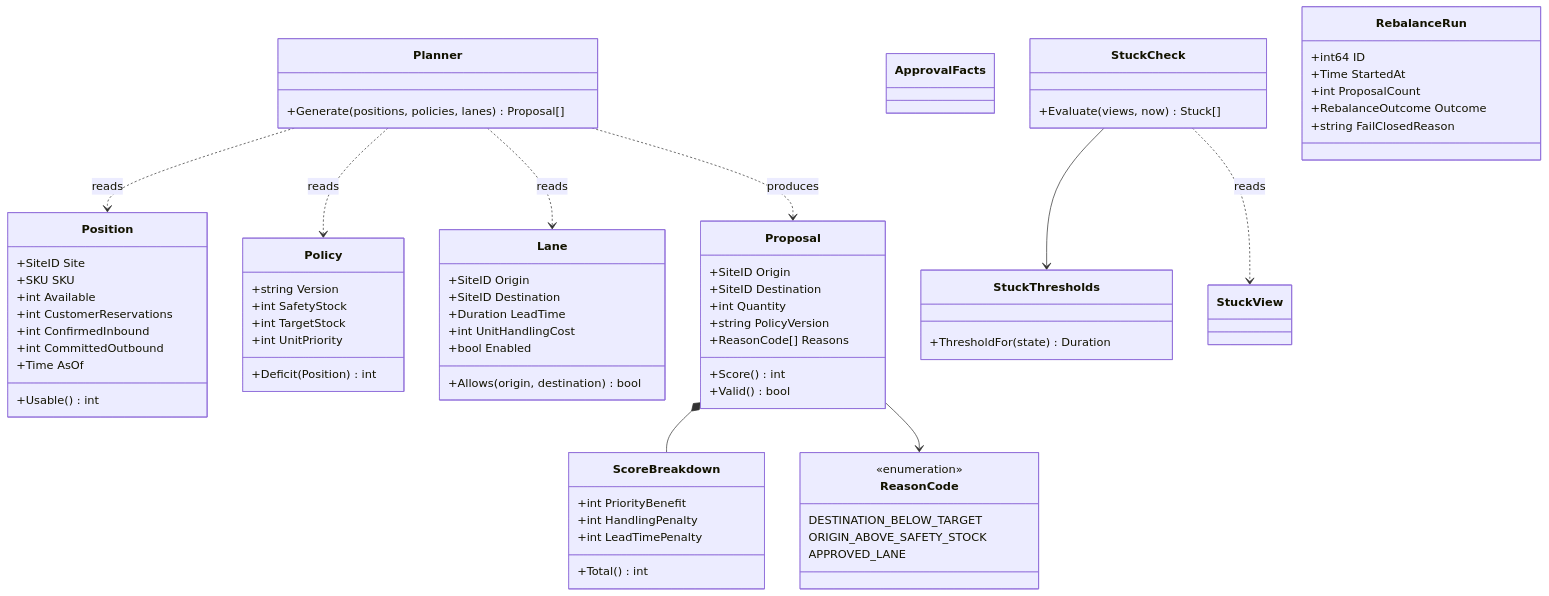
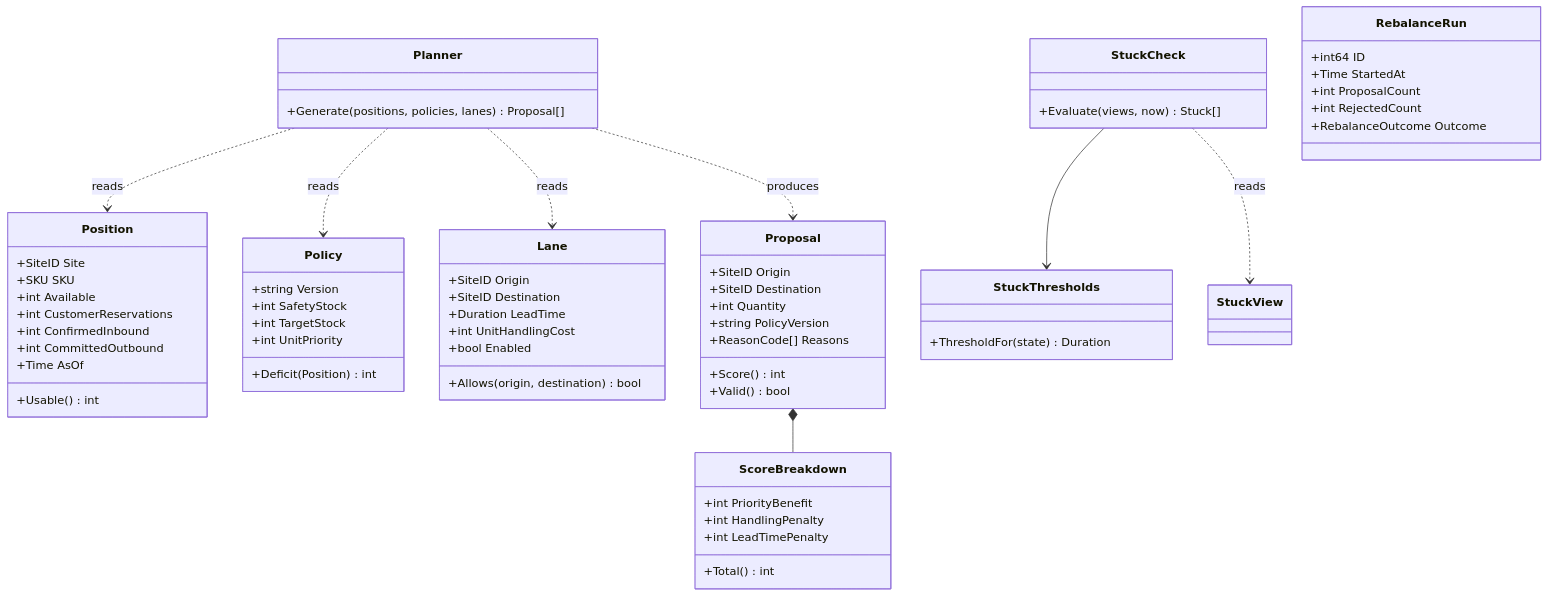
One commit to IQVO/warehouse-docs changed the second of 4 diagrams in docs/contexts/network-inventory-planning/class-diagram.md. Above: the diagram before and after it, drawn with Mermaid. The commit also changed other lines of this file and 115 other files, not shown here.

````diff
--- a/docs/contexts/network-inventory-planning/class-diagram.md
+++ b/docs/contexts/network-inventory-planning/class-diagram.md
@@ -117,75 +118,67 @@
 ```mermaid
 classDiagram
   class Planner {
     +Generate(positions, policies, lanes) Proposal[]
   }
   class Position {
     +SiteID Site
     +SKU SKU
     +int Available
     +int CustomerReservations
     +int ConfirmedInbound
     +int CommittedOutbound
     +Time AsOf
     +Usable() int
   }
   class Policy {
     +string Version
     +int SafetyStock
     +int TargetStock
     +int UnitPriority
     +Deficit(Position) int
   }
   class Lane {
     +SiteID Origin
     +SiteID Destination
     +Duration LeadTime
     +int UnitHandlingCost
     +bool Enabled
     +Allows(origin, destination) bool
   }
   class Proposal {
     +SiteID Origin
     +SiteID Destination
     +int Quantity
     +string PolicyVersion
     +ReasonCode[] Reasons
     +Score() int
     +Valid() bool
   }
   class ScoreBreakdown {
     +int PriorityBenefit
     +int HandlingPenalty
     +int LeadTimePenalty
     +Total() int
   }
-  class ReasonCode {
-    <<enumeration>>
-    DESTINATION_BELOW_TARGET
-    ORIGIN_ABOVE_SAFETY_STOCK
-    APPROVED_LANE
-  }
-  class ApprovalFacts
   class StuckCheck {
     +Evaluate(views, now) Stuck[]
   }
   class StuckThresholds {
     +ThresholdFor(state) Duration
   }
   class StuckView
   class RebalanceRun {
     +int64 ID
     +Time StartedAt
     +int ProposalCount
+    +int RejectedCount
     +RebalanceOutcome Outcome
-    +string FailClosedReason
   }
   Planner ..> Position : reads
   Planner ..> Policy : reads
   Planner ..> Lane : reads
   Planner ..> Proposal : produces
   Proposal *-- ScoreBreakdown
-  Proposal --> ReasonCode
   StuckCheck --> StuckThresholds
   StuckCheck ..> StuckView : reads
 ```
````
